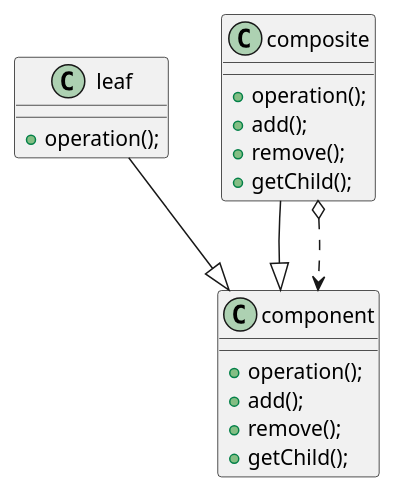
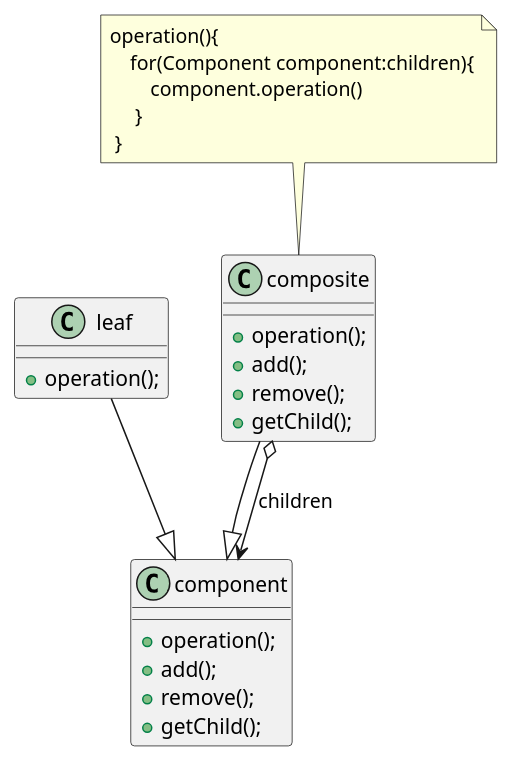
The diagram in src/main/java/StructurePattern/combinationPattern/combinationPattern.puml (ruochenliao/designpattern), drawn with PlantUML before and after one commit. The commit also changed 7 other files, not shown here.

```diff
--- a/src/main/java/StructurePattern/combinationPattern/combinationPattern.puml
+++ b/src/main/java/StructurePattern/combinationPattern/combinationPattern.puml
@@ -1,25 +1,34 @@
 @startuml
 
 class leaf{
    +operation();
 }
 
-class component{
+class component
+{
     +operation();
     +add();
     +remove();
     +getChild();
 }
 
 class composite{
     +operation();
     +add();
     +remove();
     +getChild();
 }
 
+class composite
+note top of composite
+operation(){
+    for(Component component:children){
+        component.operation()
+     }
+ }
+end note
 leaf --|> component
 composite --|> component
-composite o..> component
+composite o--> component :children
 
 @enduml
```
